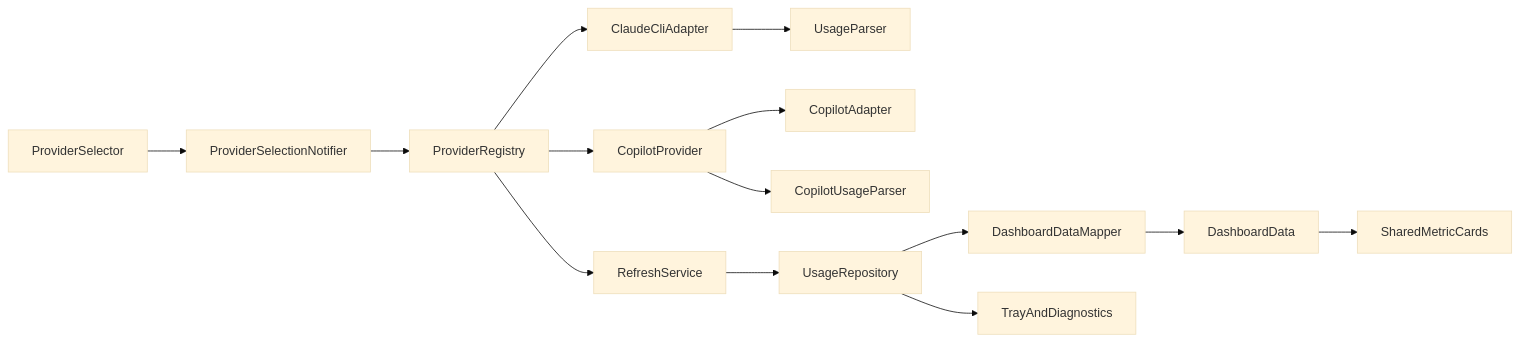
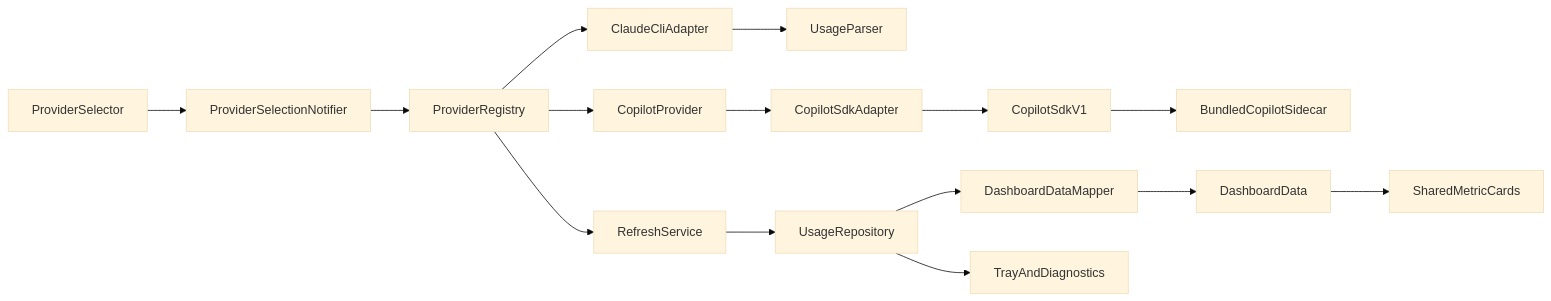
Before and after one commit to roshandroids/AI_Tray: the diagram in docs/architecture/provider-platform.md, drawn with Mermaid (base theme). The commit also changed other lines of this file and 22 other files, not shown here.

````diff
--- a/docs/architecture/provider-platform.md
+++ b/docs/architecture/provider-platform.md
@@ -9,16 +9,17 @@
 ```mermaid
 flowchart LR
   ProviderSelector --> ProviderSelectionNotifier
   ProviderSelectionNotifier --> ProviderRegistry
   ProviderRegistry --> ClaudeCliAdapter
   ProviderRegistry --> CopilotProvider
   ClaudeCliAdapter --> UsageParser
-  CopilotProvider --> CopilotAdapter
-  CopilotProvider --> CopilotUsageParser
+  CopilotProvider --> CopilotSdkAdapter
+  CopilotSdkAdapter --> CopilotSdkV1
+  CopilotSdkV1 --> BundledCopilotSidecar
   ProviderRegistry --> RefreshService
   RefreshService --> UsageRepository
   UsageRepository --> DashboardDataMapper
   DashboardDataMapper --> DashboardData
   DashboardData --> SharedMetricCards
   UsageRepository --> TrayAndDiagnostics
 ```
````
